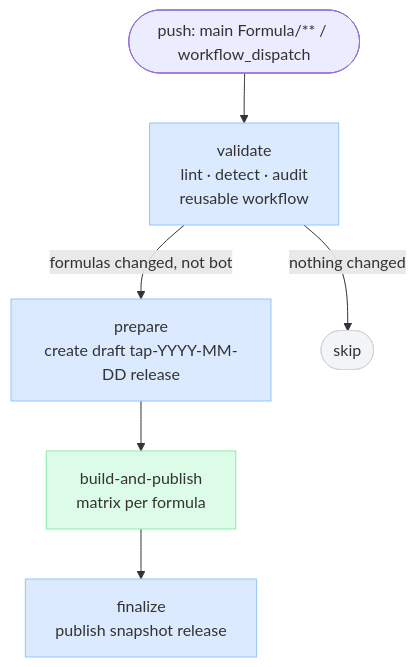
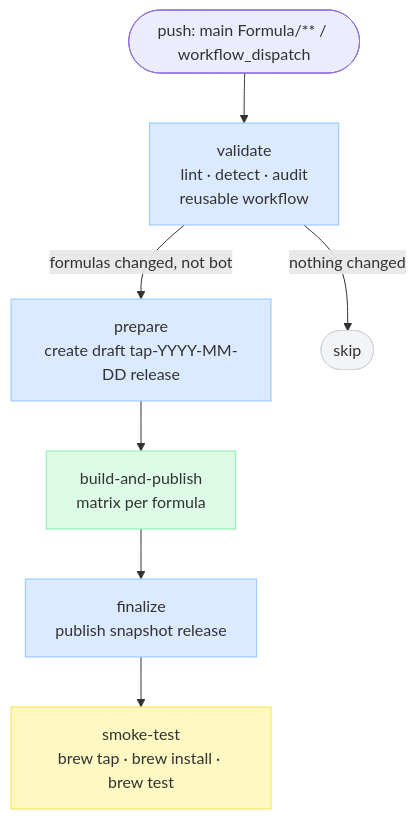
One commit to patrick204nqh/homebrew-tap changed the first of 4 diagrams in docs/architecture/diagrams/ci-pipelines.md. Above: the diagram before and after it, drawn with Mermaid. The commit also changed other lines of this file and 2 other files, not shown here.

First line of the commit message:
feat: add post-release smoke test to verify bottle install path

````diff
--- a/docs/architecture/diagrams/ci-pipelines.md
+++ b/docs/architecture/diagrams/ci-pipelines.md
@@ -5,22 +5,25 @@
 ```mermaid
 flowchart TD
     T([push: main Formula/** / workflow_dispatch])
 
     VALIDATE[validate\nlint · detect · audit\nreusable workflow]
     PREPARE[prepare\ncreate draft tap-YYYY-MM-DD release]
     BUILD[build-and-publish\nmatrix per formula]
     FINALIZE[finalize\npublish snapshot release]
+    SMOKE[smoke-test\nbrew tap · brew install · brew test]
     SKIP([skip])
 
     T --> VALIDATE
     VALIDATE -->|formulas changed, not bot| PREPARE
     VALIDATE -->|nothing changed| SKIP
     PREPARE --> BUILD
     BUILD --> FINALIZE
+    FINALIZE --> SMOKE
 
     style VALIDATE fill:#dbeafe,stroke:#93c5fd
     style PREPARE  fill:#dbeafe,stroke:#93c5fd
     style BUILD    fill:#dcfce7,stroke:#86efac
     style FINALIZE fill:#dbeafe,stroke:#93c5fd
+    style SMOKE    fill:#fef9c3,stroke:#fde047
     style SKIP     fill:#f3f4f6,stroke:#d1d5db
 ```
````
